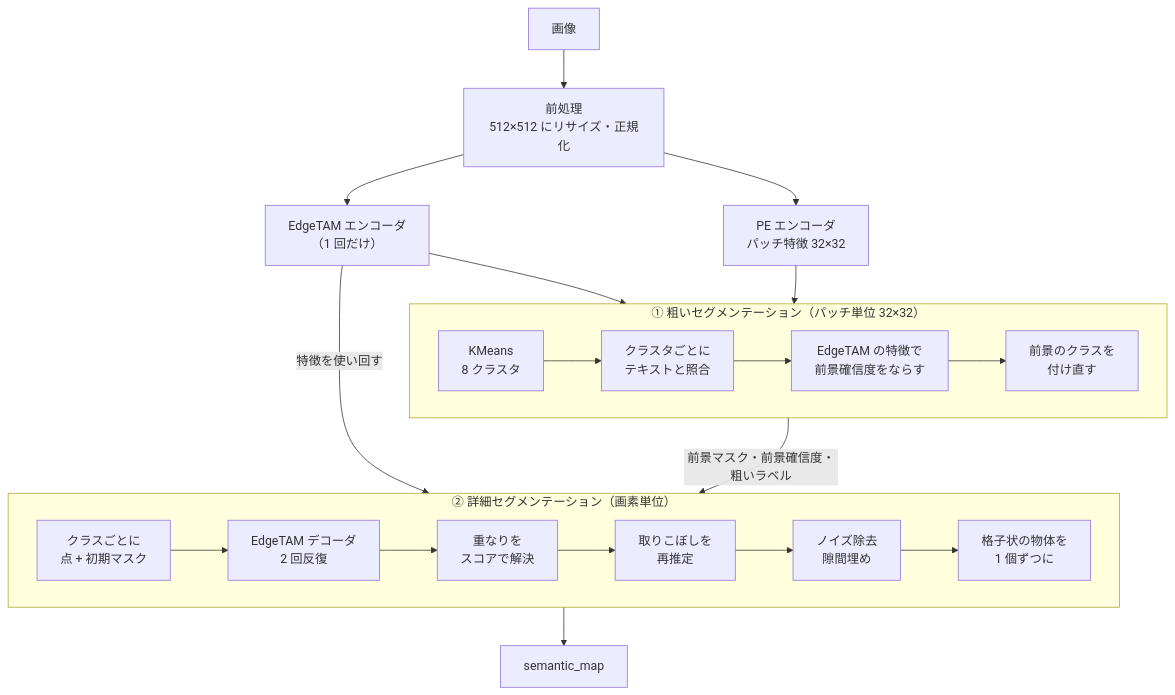
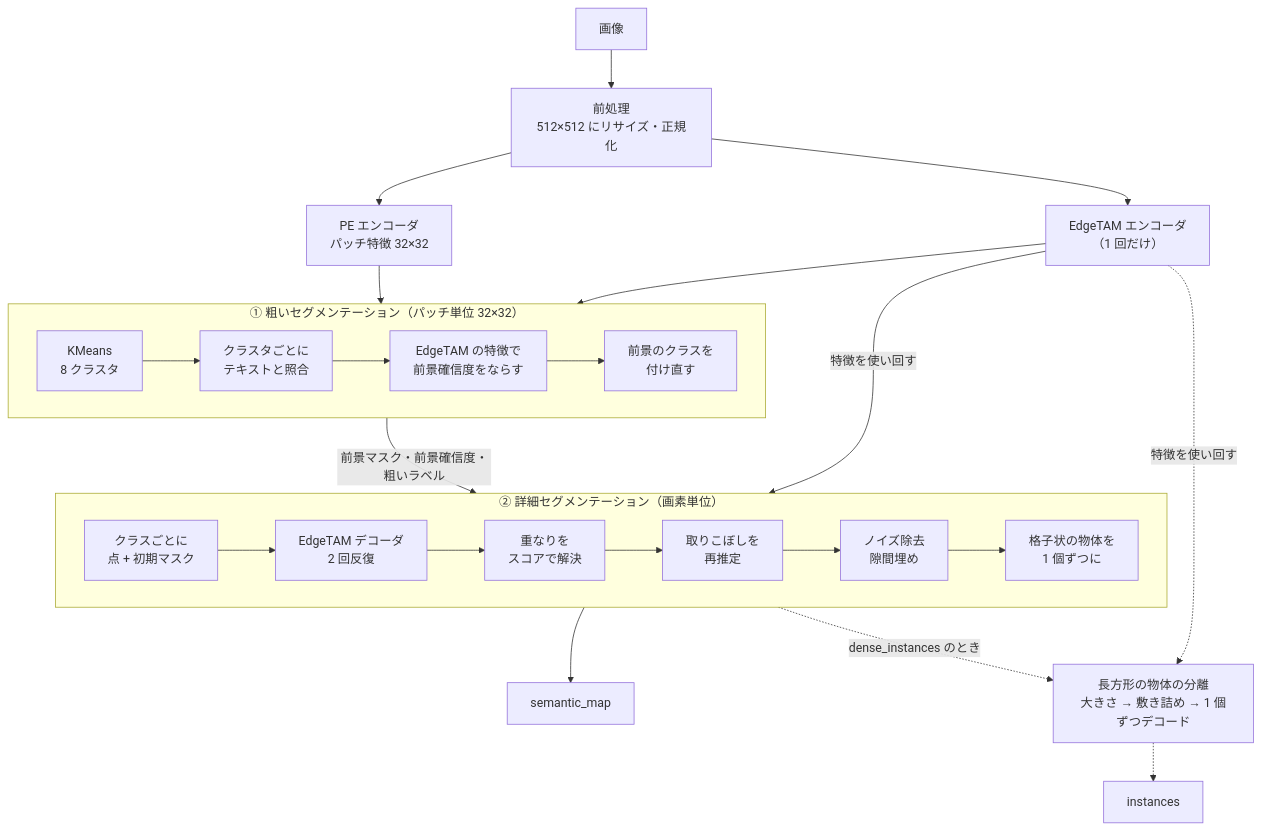
Before and after one commit to fklg-64/pe_anything_detect: the first of 2 diagrams in docs/overview.md, drawn with Mermaid. The commit also changed other lines of this file and 19 other files, not shown here.

````diff
--- a/docs/overview.md
+++ b/docs/overview.md
@@ -32,28 +34,31 @@
 ```mermaid
 flowchart TD
     IMG["画像"] --> PRE["前処理<br/>512×512 にリサイズ・正規化"]
     PRE --> ET["EdgeTAM エンコーダ<br/>（1 回だけ）"]
     PRE --> PE["PE エンコーダ<br/>パッチ特徴 32×32"]
 
     subgraph C["① 粗いセグメンテーション（パッチ単位 32×32）"]
         direction LR
         C1["KMeans<br/>8 クラスタ"] --> C2["クラスタごとに<br/>テキストと照合"]
         C2 --> C3["EdgeTAM の特徴で<br/>前景確信度をならす"]
         C3 --> C4["前景のクラスを<br/>付け直す"]
     end
 
     subgraph R["② 詳細セグメンテーション（画素単位）"]
         direction LR
         R1["クラスごとに<br/>点 + 初期マスク"] --> R2["EdgeTAM デコーダ<br/>2 回反復"]
         R2 --> R3["重なりを<br/>スコアで解決"]
         R3 --> R4["取りこぼしを<br/>再推定"]
         R4 --> R5["ノイズ除去<br/>隙間埋め"]
         R5 --> R6["格子状の物体を<br/>1 個ずつに"]
     end
 
     PE --> C
     ET --> C3
     C -->|"前景マスク・前景確信度・粗いラベル"| R
     ET -->|"特徴を使い回す"| R
     R --> OUT["semantic_map"]
+    R -.->|"dense_instances のとき"| RC["長方形の物体の分離<br/>大きさ → 敷き詰め → 1 個ずつデコード"]
+    ET -.->|"特徴を使い回す"| RC
+    RC -.-> OUT2["instances"]
 ```
````
